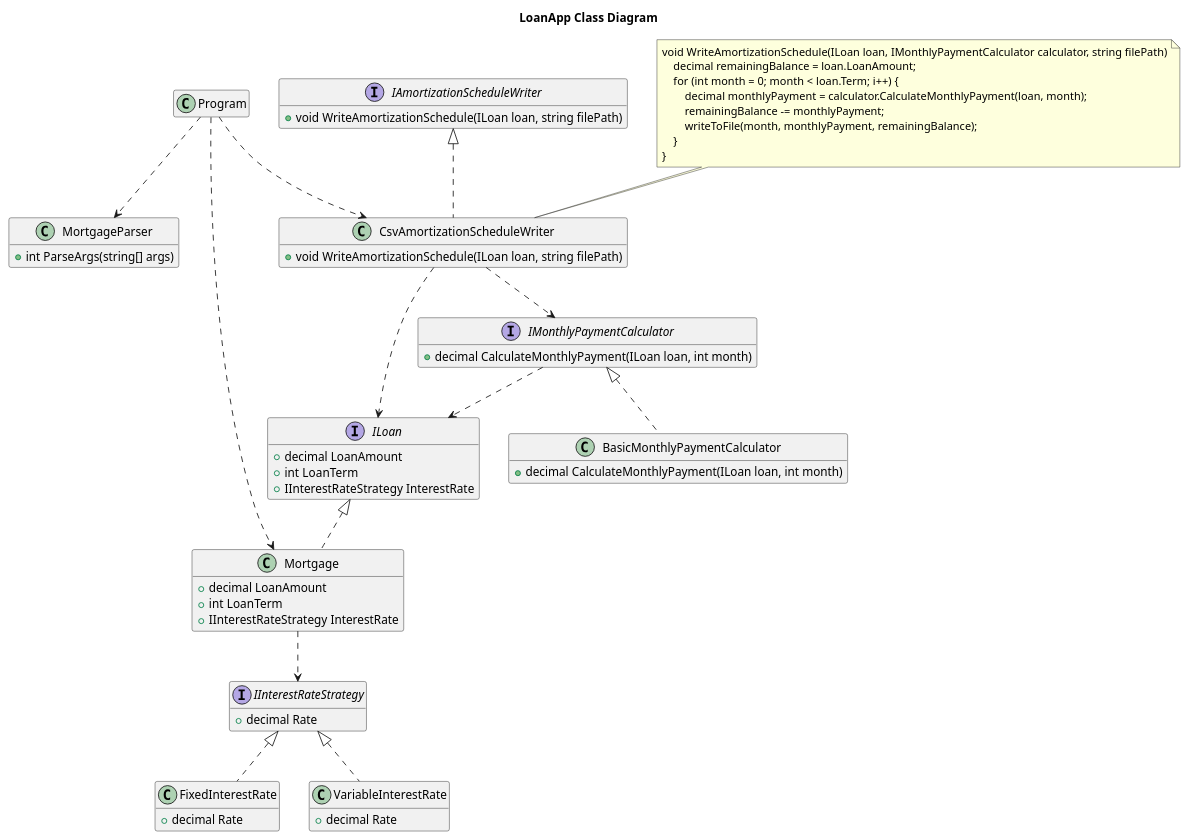
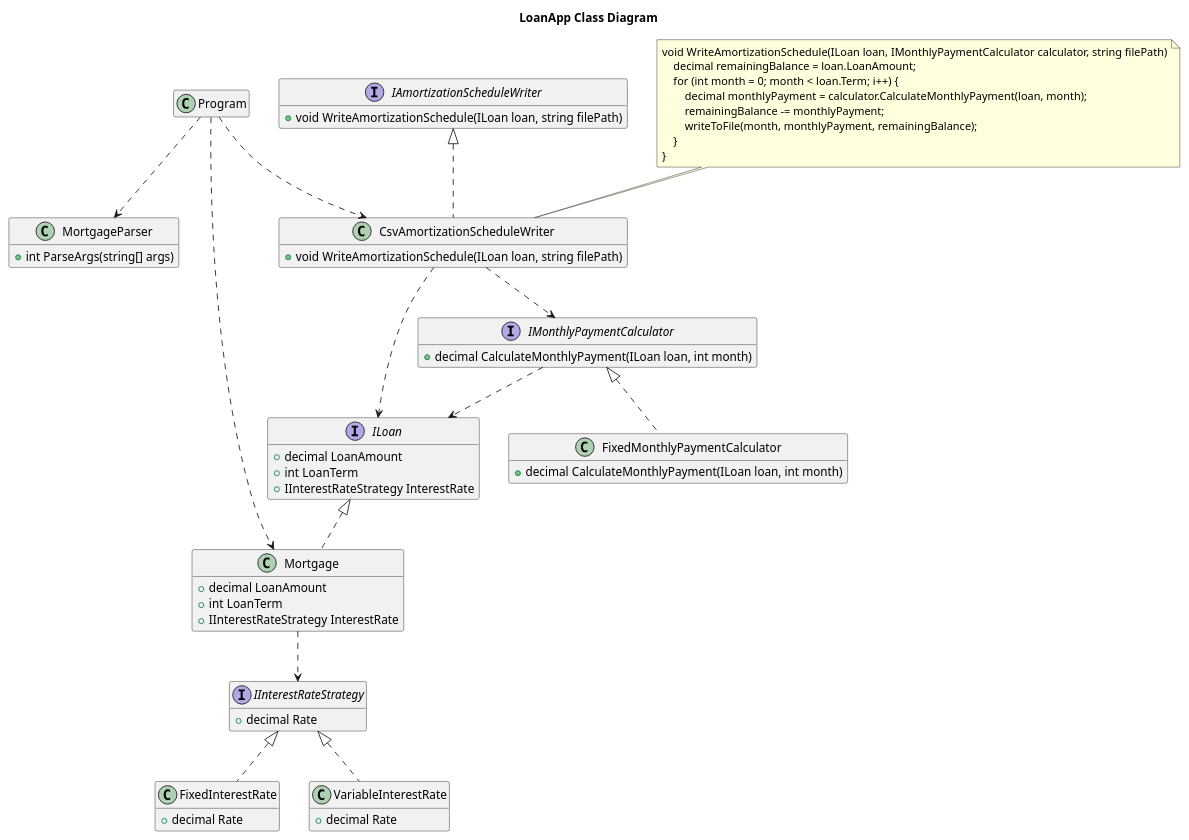
One commit to samymsa/tests-validation changed the diagram in diagrams/class.puml. Above: the diagram before and after it, drawn with PlantUML. The commit also changed 2 other files, not shown here.

Commit message:
refactor: :truck: Rename BasicMonthlyPaymentCalculator to FixedMonthlyPaymentCalculator

```diff
--- a/diagrams/class.puml
+++ b/diagrams/class.puml
@@ -1,74 +1,74 @@
 @startuml LoanApp
 
 hide empty members
 
 title LoanApp Class Diagram
 
 class Program
 
 class MortgageParser {
     +int ParseArgs(string[] args)
 }
 
 interface IInterestRateStrategy {
     +decimal Rate
 }
 
 class FixedInterestRate implements IInterestRateStrategy {
     +decimal Rate
 }
 
 class VariableInterestRate implements IInterestRateStrategy {
     +decimal Rate
 }
 
 ' User will be able to compute the monthly payment of a loan
 ' User will be able to generate a CSV file with the amortization schedule of a loan
 
 interface ILoan {
     +decimal LoanAmount
     +int LoanTerm
     +IInterestRateStrategy InterestRate
 }
 
 class Mortgage implements ILoan {
     +decimal LoanAmount
     +int LoanTerm
     +IInterestRateStrategy InterestRate
 }
 
 interface IMonthlyPaymentCalculator {
     +decimal CalculateMonthlyPayment(ILoan loan, int month)
 }
 
-class BasicMonthlyPaymentCalculator implements IMonthlyPaymentCalculator {
+class FixedMonthlyPaymentCalculator implements IMonthlyPaymentCalculator {
     +decimal CalculateMonthlyPayment(ILoan loan, int month)
 }
 
 interface IAmortizationScheduleWriter {
     +void WriteAmortizationSchedule(ILoan loan, string filePath)
 }
 
 class CsvAmortizationScheduleWriter implements IAmortizationScheduleWriter {
     +void WriteAmortizationSchedule(ILoan loan, string filePath)
 }
 note top of CsvAmortizationScheduleWriter
     void WriteAmortizationSchedule(ILoan loan, IMonthlyPaymentCalculator calculator, string filePath)
         decimal remainingBalance = loan.LoanAmount;
         for (int month = 0; month < loan.Term; i++) {
             decimal monthlyPayment = calculator.CalculateMonthlyPayment(loan, month);
             remainingBalance -= monthlyPayment;
             writeToFile(month, monthlyPayment, remainingBalance);                      
         }
     }
 end note
 
 Program ..> Mortgage
 Program ..> MortgageParser
 Program ..> CsvAmortizationScheduleWriter
 Mortgage ..> IInterestRateStrategy
 CsvAmortizationScheduleWriter ..> ILoan
 CsvAmortizationScheduleWriter ..> IMonthlyPaymentCalculator
 IMonthlyPaymentCalculator ..> ILoan
 
 @enduml
```
